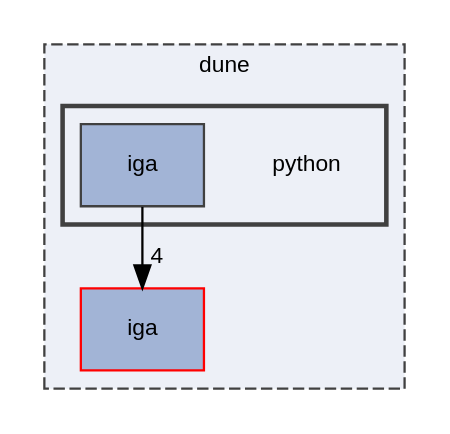
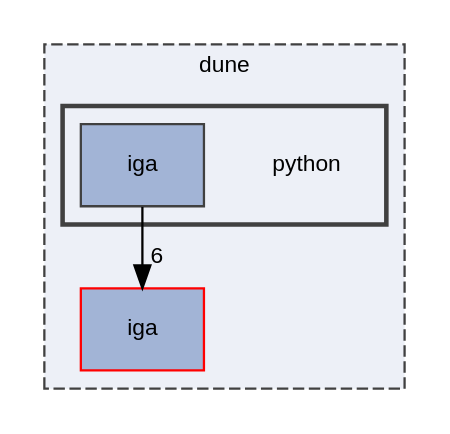
The diagram in dir_e42d0074801678c644b0e137d50ef233_dep.dot (rath3t/dune-iga-doc), drawn with Graphviz before and after one commit. The commit also changed 1617 other files, not shown here.

```diff
--- a/dir_e42d0074801678c644b0e137d50ef233_dep.dot
+++ b/dir_e42d0074801678c644b0e137d50ef233_dep.dot
@@ -1,17 +1,17 @@
 digraph "python"
 {
  // LATEX_PDF_SIZE
   edge [fontname="Helvetica",fontsize="10",labelfontname="Helvetica",labelfontsize="10"];
   node [fontname="Helvetica",fontsize="10",shape=record];
   compound=true
   subgraph clusterdir_5e69be5995c9f5d42bf491ae6f29600e {
     graph [ bgcolor="#edf0f7", pencolor="grey25", style="filled,dashed,", label="dune", fontname="Helvetica", fontsize="10", URL="dir_5e69be5995c9f5d42bf491ae6f29600e.html"]
   dir_d2a3c23294a1b1015b1b8e8721ddded8 [shape=box, label="iga", style="filled,", fillcolor="#a2b4d6", color="red", URL="dir_d2a3c23294a1b1015b1b8e8721ddded8.html"];
   subgraph clusterdir_e42d0074801678c644b0e137d50ef233 {
     graph [ bgcolor="#edf0f7", pencolor="grey25", style="filled,bold,", label="", fontname="Helvetica", fontsize="10", URL="dir_e42d0074801678c644b0e137d50ef233.html"]
     dir_e42d0074801678c644b0e137d50ef233 [shape=plaintext, label="python"];
   dir_4df0bd6c9c69aa67512ad22eda882a96 [shape=box, label="iga", style="filled,", fillcolor="#a2b4d6", color="grey25", URL="dir_4df0bd6c9c69aa67512ad22eda882a96.html"];
   }
   }
-  dir_4df0bd6c9c69aa67512ad22eda882a96->dir_d2a3c23294a1b1015b1b8e8721ddded8 [headlabel="4", labeldistance=1.5 headhref="dir_000010_000009.html"];
+  dir_4df0bd6c9c69aa67512ad22eda882a96->dir_d2a3c23294a1b1015b1b8e8721ddded8 [headlabel="6", labeldistance=1.5 headhref="dir_000010_000009.html"];
 }
```
